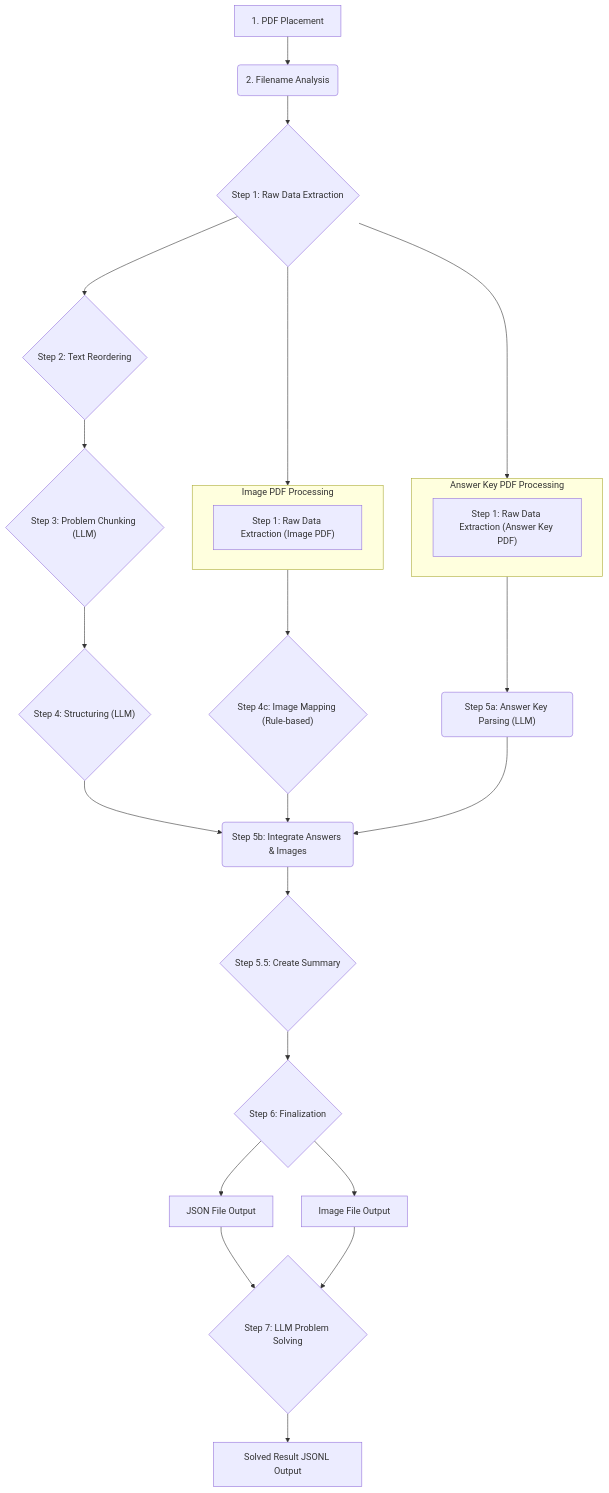
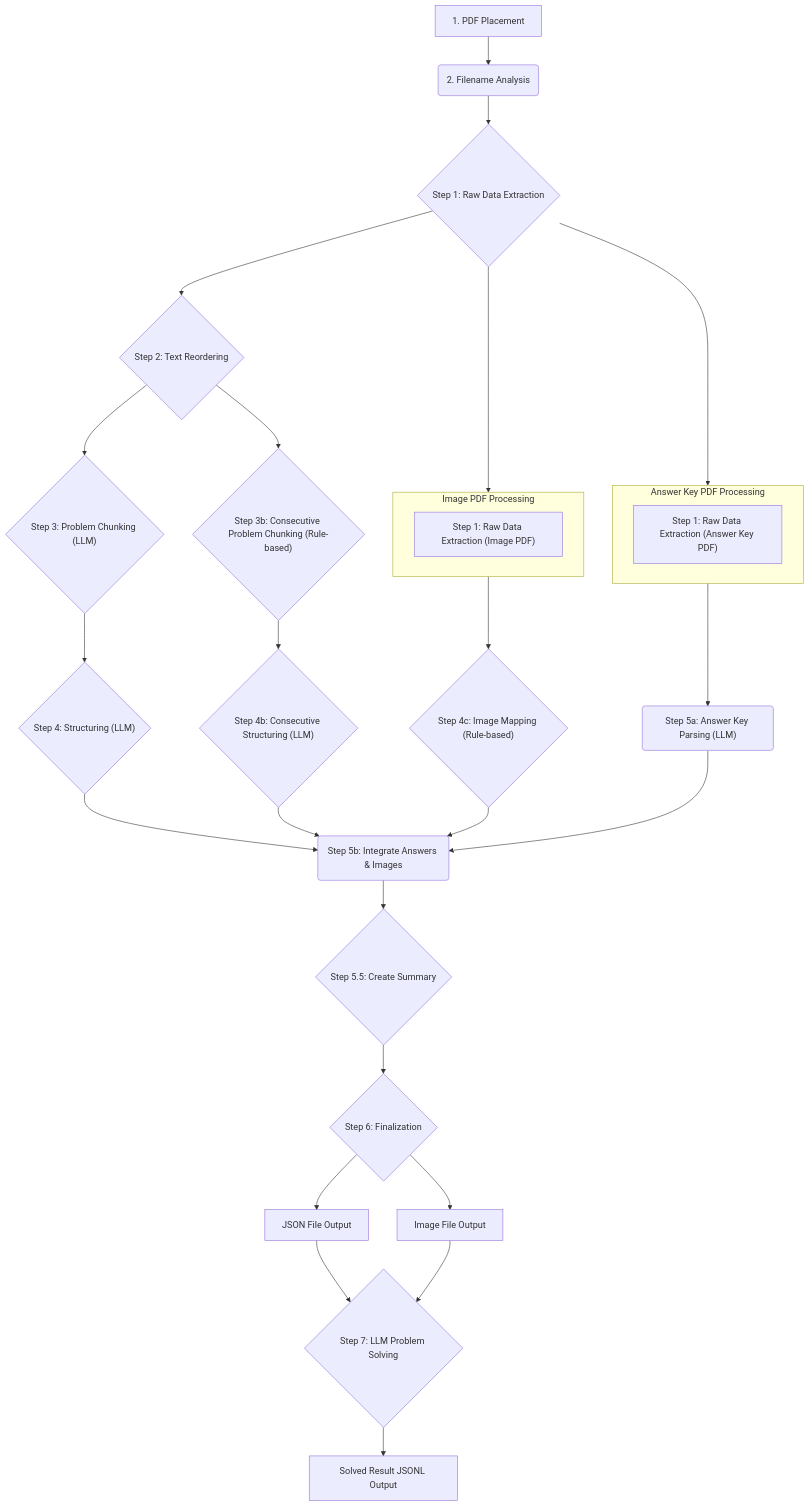
Before and after one commit to fk506cni/medexam-parser: the diagram in README.md, drawn with Mermaid. The commit also changed other lines of this file and 15 other files, not shown here.

````diff
--- a/README.md
+++ b/README.md
@@ -82,37 +82,40 @@
 ```mermaid
 graph TD
     A["1. PDF Placement"] --> B("2. Filename Analysis");
     B --> C{"Step 1: Raw Data Extraction"};
     C --> D{"Step 2: Text Reordering"};
     D --> E{"Step 3: Problem Chunking (LLM)"};
+    D --> E_CONSECUTIVE{"Step 3b: Consecutive Problem Chunking (Rule-based)"};
     E --> F{"Step 4: Structuring (LLM)"};
+    E_CONSECUTIVE --> F_CONSECUTIVE{"Step 4b: Consecutive Structuring (LLM)"};
 
     subgraph "Image PDF Processing"
         direction LR
         C_IMG["Step 1: Raw Data Extraction (Image PDF)"]
     end
 
     subgraph "Answer Key PDF Processing"
         direction LR
         C_ANS["Step 1: Raw Data Extraction (Answer Key PDF)"]
     end
 
     C --> C_IMG;
     C --> C_ANS;
 
     C_IMG --> G{"Step 4c: Image Mapping (Rule-based)"};
     C_ANS --> J_A("Step 5a: Answer Key Parsing (LLM)");
 
     F --> J_B("Step 5b: Integrate Answers & Images");
+    F_CONSECUTIVE --> J_B;
     G --> J_B;
     J_A --> J_B;
 
     J_B --> K{"Step 5.5: Create Summary"};
     K --> L{"Step 6: Finalization"};
     L --> M["JSON File Output"];
     L --> N["Image File Output"];
 
     M --> O{"Step 7: LLM Problem Solving"};
     N --> O;
     O --> P["Solved Result JSONL Output"];
 ```
````
